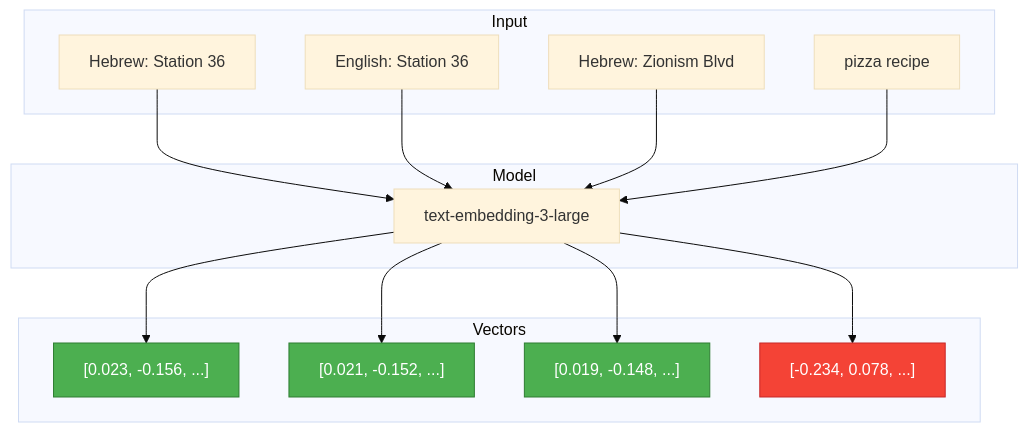
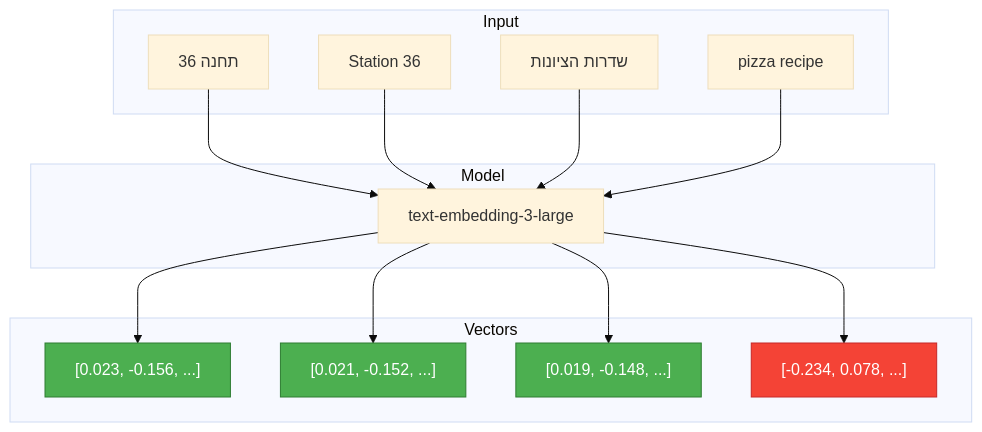
One commit to roie9876/RAG-WorkShop changed the seventh of 22 diagrams in modules/module-5-search/README.md. Above: the diagram before and after it, drawn with Mermaid (base theme). The commit also changed other lines of this file, not shown here.

````diff
--- a/modules/module-5-search/README.md
+++ b/modules/module-5-search/README.md
@@ -50,34 +247,34 @@
 ```mermaid
 flowchart TB
     subgraph Input
-        T1[Hebrew: Station 36]
-        T2[English: Station 36]
-        T3[Hebrew: Zionism Blvd]
+        T1["תחנה 36"]
+        T2[Station 36]
+        T3["שדרות הציונות"]
         T4[pizza recipe]
     end
     
     subgraph Model
         EM[text-embedding-3-large]
     end
     
     subgraph Vectors
         V1["[0.023, -0.156, ...]"]
         V2["[0.021, -0.152, ...]"]
         V3["[0.019, -0.148, ...]"]
         V4["[-0.234, 0.078, ...]"]
     end
     
     T1 --> EM
     T2 --> EM
     T3 --> EM
     T4 --> EM
     EM --> V1
     EM --> V2
     EM --> V3
     EM --> V4
     
     style V1 fill:#4caf50,stroke:#2e7d32,color:#fff
     style V2 fill:#4caf50,stroke:#2e7d32,color:#fff
     style V3 fill:#4caf50,stroke:#2e7d32,color:#fff
     style V4 fill:#f44336,stroke:#c62828,color:#fff
 ```
````
